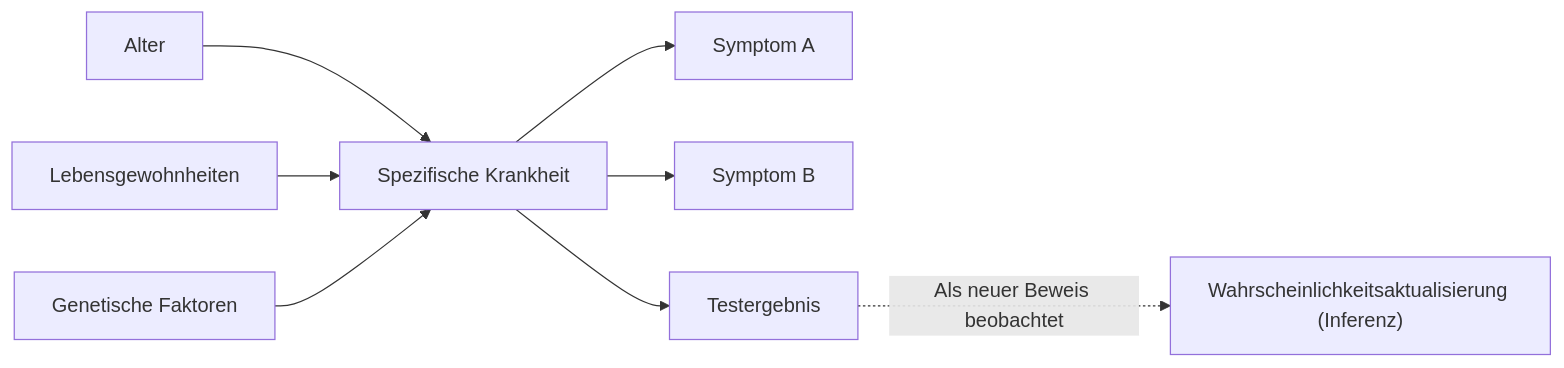
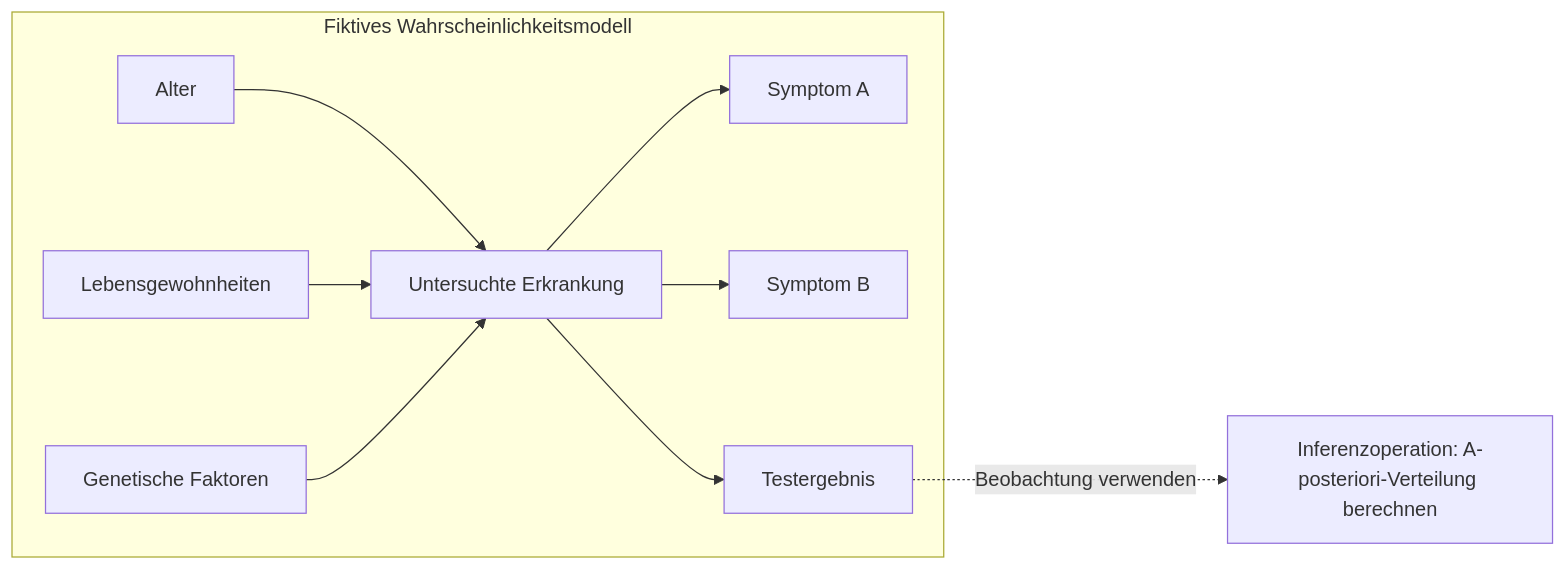
One commit to kenjinote/blog changed the second of 2 diagrams in content/post/bayes-theorem/index.de.md. Above: the diagram before and after it, drawn with Mermaid. The commit also changed other lines of this file and 10 other files, not shown here.

````diff
--- a/content/post/bayes-theorem/index.de.md
+++ b/content/post/bayes-theorem/index.de.md
@@ -116,12 +161,12 @@
 ```mermaid
 flowchart LR
-    Age["Alter"] --> Disease["Spezifische Krankheit"]
-    Lifestyle["Lebensgewohnheiten"] --> Disease
-    Genes["Genetische Faktoren"] --> Disease
-    
-    Disease --> SymptomA["Symptom A"]
-    Disease --> SymptomB["Symptom B"]
-    Disease --> TestResult["Testergebnis"]
-    
-    TestResult -.->|"Als neuer Beweis beobachtet"| Update["Wahrscheinlichkeitsaktualisierung (Inferenz)"]
+    subgraph Model["Fiktives Wahrscheinlichkeitsmodell"]
+        Age["Alter"] --> Disease["Untersuchte Erkrankung"]
+        Lifestyle["Lebensgewohnheiten"] --> Disease
+        Genes["Genetische Faktoren"] --> Disease
+        Disease --> SymptomA["Symptom A"]
+        Disease --> SymptomB["Symptom B"]
+        Disease --> TestResult["Testergebnis"]
+    end
+    TestResult -.->|"Beobachtung verwenden"| Inference["Inferenzoperation: A-posteriori-Verteilung berechnen"]
 ```
````
